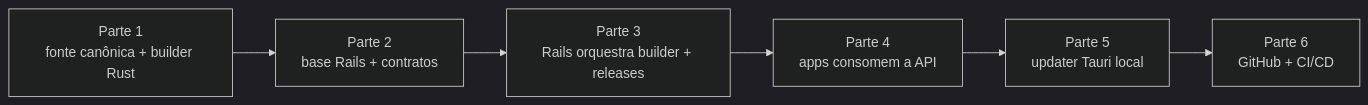
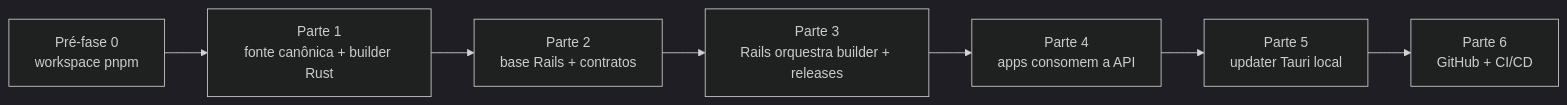
The first of 3 diagrams in docs/plans/hub-server/README.md (migmoroni/veterinary-clinic), drawn with Mermaid (dark theme) before and after one commit. The commit also changed other lines of this file and 9 other files, not shown here.

````diff
--- a/docs/plans/hub-server/README.md
+++ b/docs/plans/hub-server/README.md
@@ -27,11 +28,12 @@
 ```mermaid
 flowchart LR
+    P0["Pré-fase 0<br/>workspace pnpm"]
     P1["Parte 1<br/>fonte canônica + builder Rust"]
     P2["Parte 2<br/>base Rails + contratos"]
     P3["Parte 3<br/>Rails orquestra builder + releases"]
     P4["Parte 4<br/>apps consomem a API"]
     P5["Parte 5<br/>updater Tauri local"]
     P6["Parte 6<br/>GitHub + CI/CD"]
 
-    P1 --> P2 --> P3 --> P4 --> P5 --> P6
+    P0 --> P1 --> P2 --> P3 --> P4 --> P5 --> P6
 ```
````
